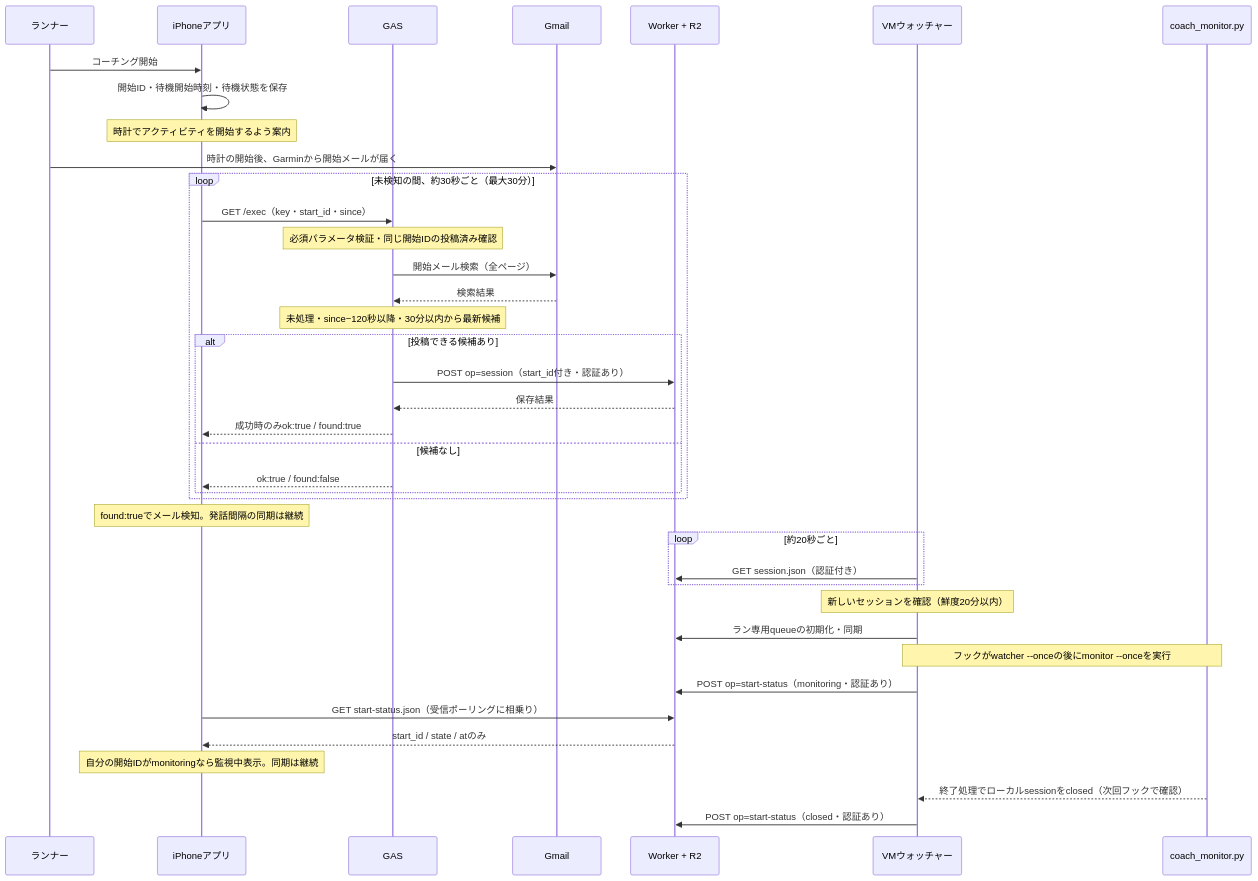
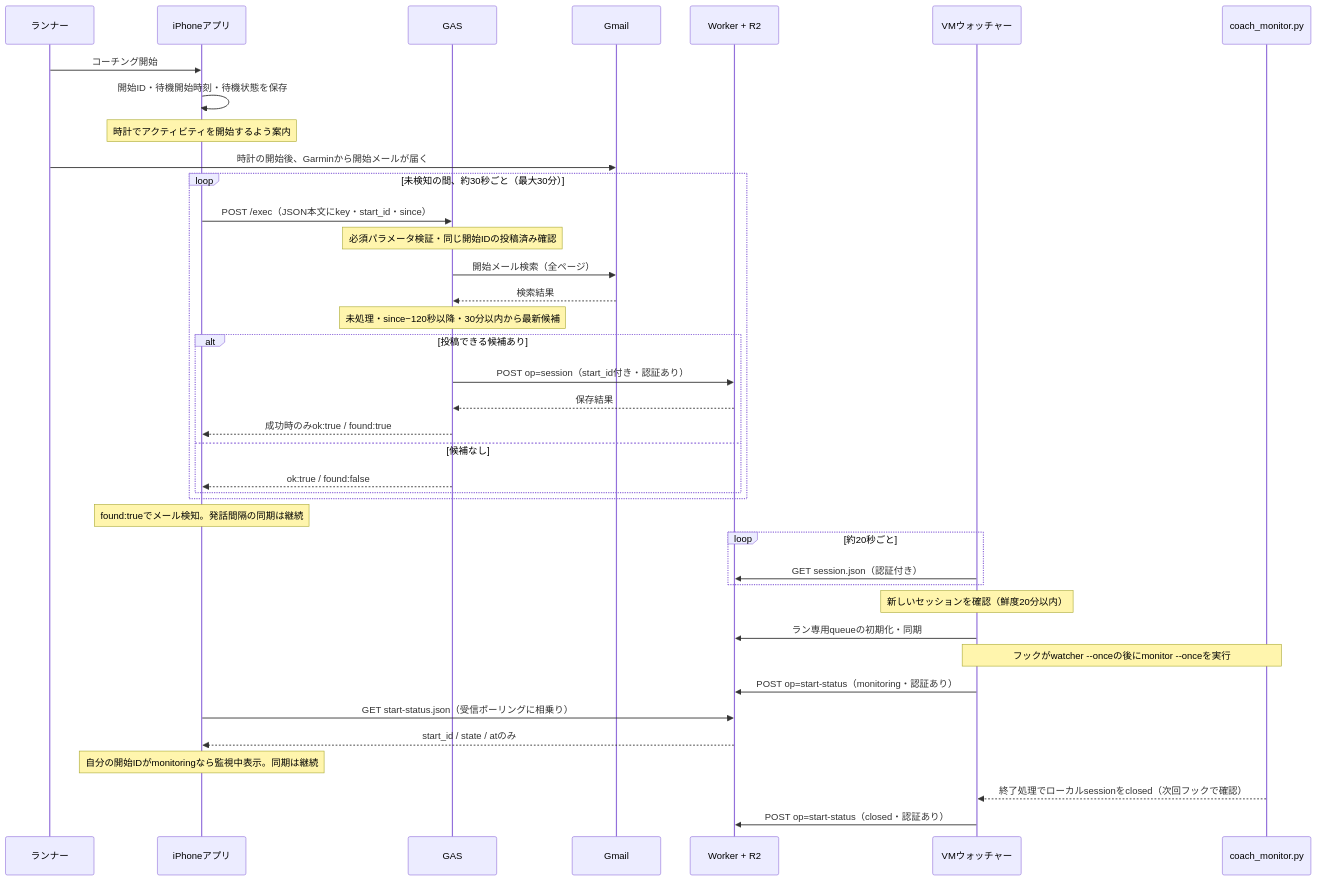
The second of 4 diagrams in docs/system-and-data-flow.md (comeonyama/voice-coach-for-muse), drawn with Mermaid before and after one commit. The commit also changed other lines of this file and 16 other files, not shown here.

````diff
--- a/docs/system-and-data-flow.md
+++ b/docs/system-and-data-flow.md
@@ -55,41 +55,41 @@
 ```mermaid
 sequenceDiagram
   participant U as ランナー
   participant I as iPhoneアプリ
   participant G as GAS
   participant M as Gmail
   participant W as Worker + R2
   participant V as VMウォッチャー
   participant C as coach_monitor.py
   U->>I: コーチング開始
   I->>I: 開始ID・待機開始時刻・待機状態を保存
   Note over I: 時計でアクティビティを開始するよう案内
   U->>M: 時計の開始後、Garminから開始メールが届く
   loop 未検知の間、約30秒ごと（最大30分）
-    I->>G: GET /exec（key・start_id・since）
+    I->>G: POST /exec（JSON本文にkey・start_id・since）
     Note over G: 必須パラメータ検証・同じ開始IDの投稿済み確認
     G->>M: 開始メール検索（全ページ）
     M-->>G: 検索結果
     Note over G: 未処理・since−120秒以降・30分以内から最新候補
     alt 投稿できる候補あり
       G->>W: POST op=session（start_id付き・認証あり）
       W-->>G: 保存結果
       G-->>I: 成功時のみok:true / found:true
     else 候補なし
       G-->>I: ok:true / found:false
     end
   end
   Note over I: found:trueでメール検知。発話間隔の同期は継続
   loop 約20秒ごと
     V->>W: GET session.json（認証付き）
   end
   Note over V: 新しいセッションを確認（鮮度20分以内）
   V->>W: ラン専用queueの初期化・同期
   Note over V,C: フックがwatcher --onceの後にmonitor --onceを実行
   V->>W: POST op=start-status（monitoring・認証あり）
   I->>W: GET start-status.json（受信ポーリングに相乗り）
   W-->>I: start_id / state / atのみ
   Note over I: 自分の開始IDがmonitoringなら監視中表示。同期は継続
   C-->>V: 終了処理でローカルsessionをclosed（次回フックで確認）
   V->>W: POST op=start-status（closed・認証あり）
 ```
````
